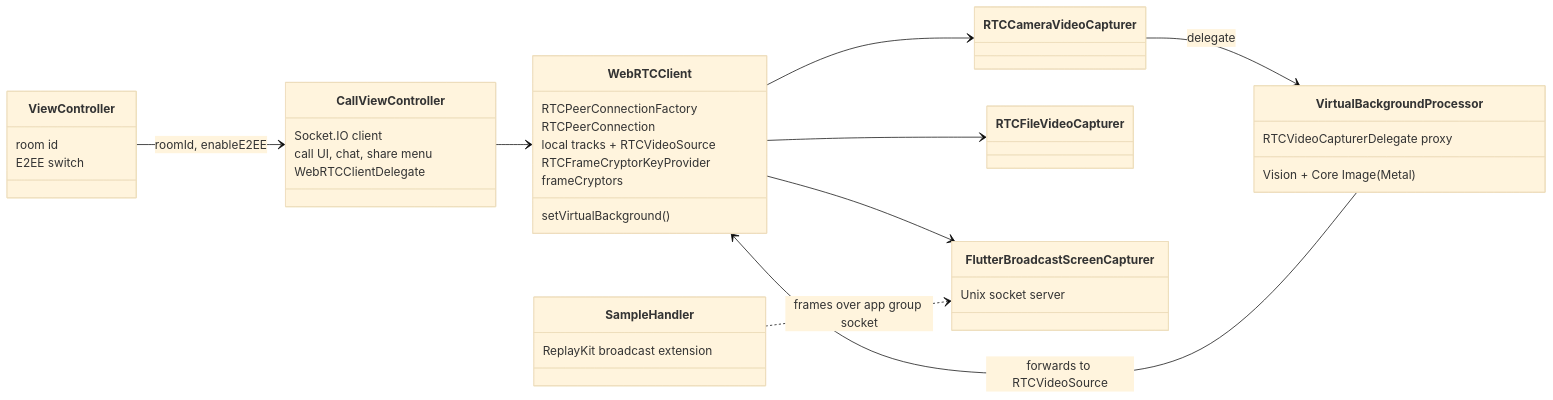
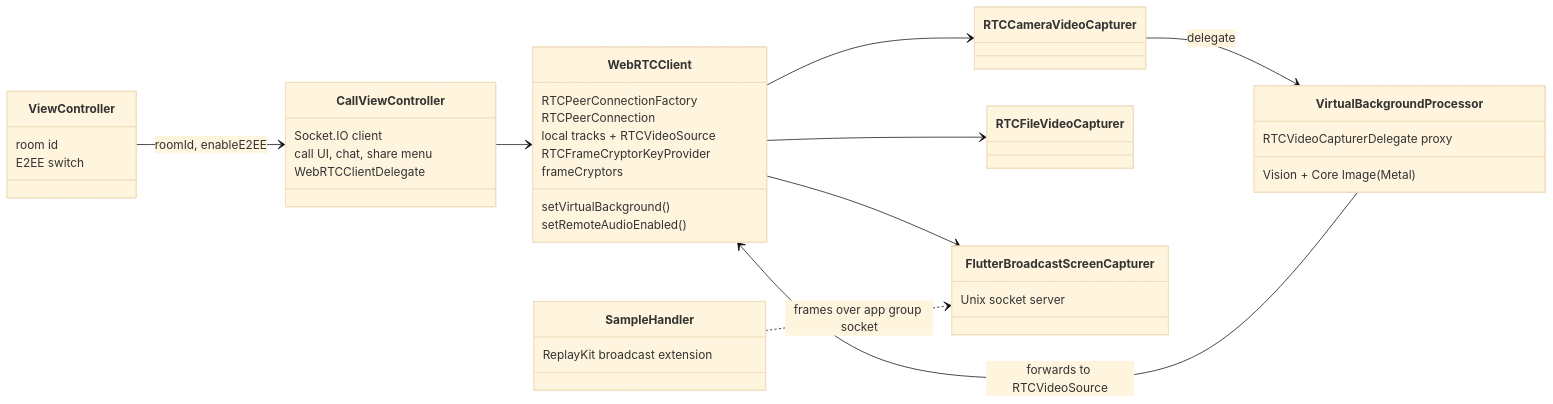
The eighth of 17 diagrams in ARCHITECTURE.md (maitrungduc1410/WebRTC-Demo), drawn with Mermaid (base theme) before and after one commit. The commit also changed other lines of this file and 22 other files, not shown here.

First line of the commit message:
feat: mute remote audio on mobile, fix iOS screen share

````diff
--- a/ARCHITECTURE.md
+++ b/ARCHITECTURE.md
@@ -314,42 +317,43 @@
 ```mermaid
 classDiagram
     direction LR
     class ViewController {
         room id
         E2EE switch
     }
     class CallViewController {
         Socket.IO client
         call UI, chat, share menu
         WebRTCClientDelegate
     }
     class WebRTCClient {
         RTCPeerConnectionFactory
         RTCPeerConnection
         local tracks + RTCVideoSource
         RTCFrameCryptorKeyProvider
         frameCryptors
         setVirtualBackground()
+        setRemoteAudioEnabled()
     }
     class VirtualBackgroundProcessor {
         RTCVideoCapturerDelegate proxy
         Vision + Core Image (Metal)
     }
     class RTCCameraVideoCapturer
     class RTCFileVideoCapturer
     class FlutterBroadcastScreenCapturer {
         Unix socket server
     }
     class SampleHandler {
         ReplayKit broadcast extension
     }
 
     ViewController --> CallViewController : roomId, enableE2EE
     CallViewController --> WebRTCClient
     WebRTCClient --> RTCCameraVideoCapturer
     RTCCameraVideoCapturer --> VirtualBackgroundProcessor : delegate
     VirtualBackgroundProcessor --> WebRTCClient : forwards to RTCVideoSource
     WebRTCClient --> RTCFileVideoCapturer
     WebRTCClient --> FlutterBroadcastScreenCapturer
     SampleHandler ..> FlutterBroadcastScreenCapturer : frames over app group socket
 ```
````
